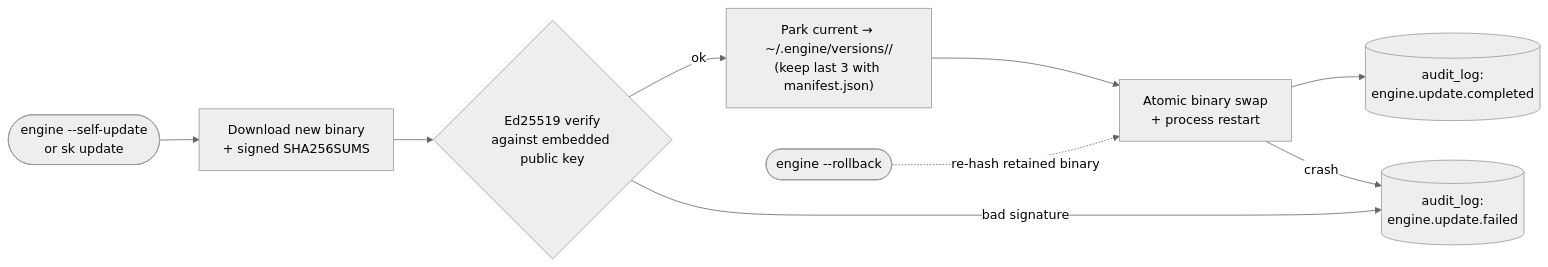
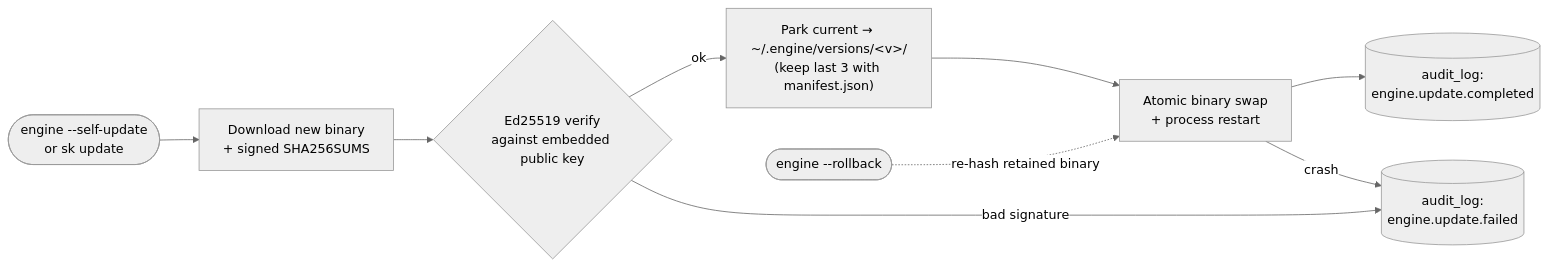
The third of 3 diagrams in docs/admins/credentials-and-keys.md (MikeBild/subkit), drawn with Mermaid (neutral theme) before and after one commit. The commit also changed other lines of this file and 17 other files, not shown here.

First line of the commit message:
docs: restyle the Tier-B deep reference pages with Mermaid + outcome-first framing

````diff
--- a/docs/admins/credentials-and-keys.md
+++ b/docs/admins/credentials-and-keys.md
@@ -222,17 +263,17 @@
 ```mermaid
 flowchart LR
     Trigger(["engine --self-update<br/>or sk update"])
     Fetch["Download new binary<br/>+ signed SHA256SUMS"]
     Verify{"Ed25519 verify<br/>against embedded public key"}
-    Park["Park current → ~/.engine/versions/<v>/<br/>(keep last 3 with manifest.json)"]
+    Park["Park current → ~/.engine/versions/&lt;v&gt;/<br/>(keep last 3 with manifest.json)"]
     Swap["Atomic binary swap<br/>+ process restart"]
     Audit[("audit_log:<br/>engine.update.completed")]
     Fail[("audit_log:<br/>engine.update.failed")]
     Rollback(["engine --rollback"])
 
     Trigger --> Fetch --> Verify
     Verify -- ok --> Park --> Swap --> Audit
     Verify -- bad signature --> Fail
     Swap -- crash --> Fail
     Rollback -. re-hash retained binary .-> Swap
 ```
````
